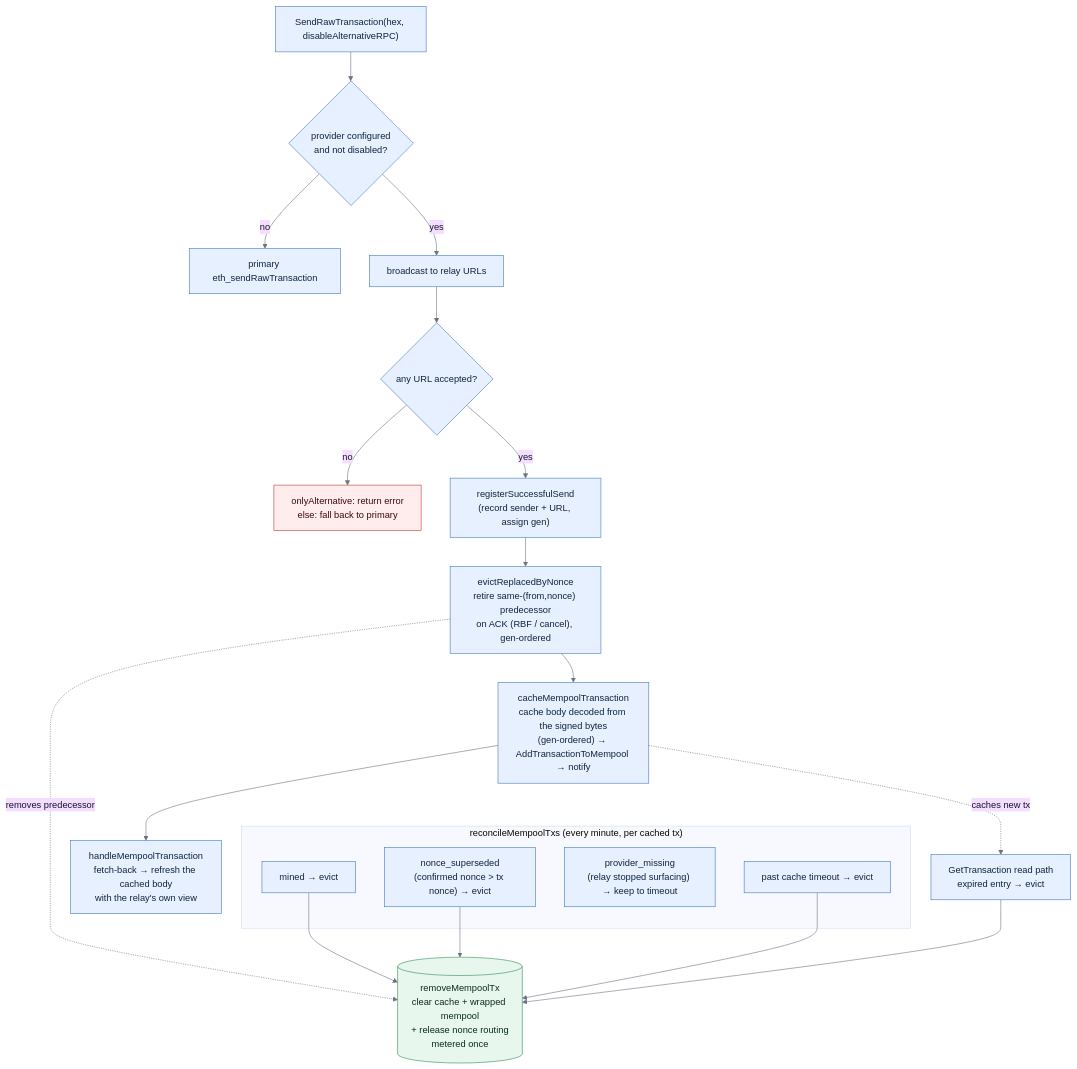
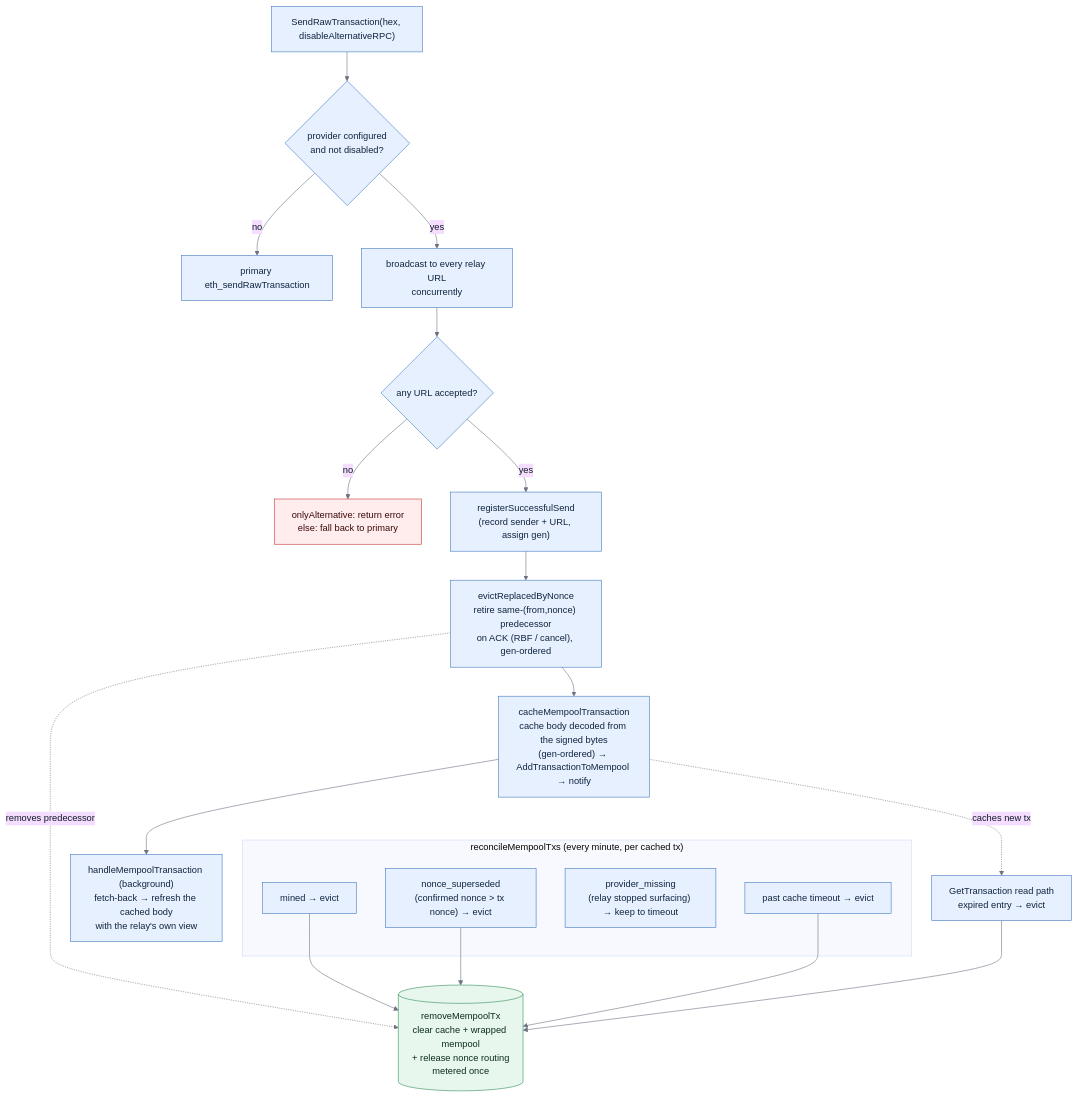
The diagram in docs/evm-send.md (trezor/blockbook), drawn with Mermaid before and after one commit. The commit also changed other lines of this file and 3 other files, not shown here.

````diff
--- a/docs/evm-send.md
+++ b/docs/evm-send.md
@@ -20,43 +20,43 @@
 ```mermaid
 %%{init: {"theme": "base", "themeVariables": {"lineColor": "#6b7280", "primaryTextColor": "#111827"}}}%%
 flowchart TD
     send["SendRawTransaction(hex, disableAlternativeRPC)"]
     route{"provider configured<br/>and not disabled?"}
     primary["primary eth_sendRawTransaction"]
-    relay["broadcast to relay URLs"]
+    relay["broadcast to every relay URL<br/>concurrently"]
     acc{"any URL accepted?"}
     reject["onlyAlternative: return error<br/>else: fall back to primary"]
     reg["registerSuccessfulSend<br/>(record sender + URL, assign gen)"]
     evict["evictReplacedByNonce<br/>retire same-(from,nonce) predecessor<br/>on ACK (RBF / cancel), gen-ordered"]
     cache["cacheMempoolTransaction<br/>cache body decoded from the signed bytes<br/>(gen-ordered) → AddTransactionToMempool → notify"]
-    handle["handleMempoolTransaction<br/>fetch-back → refresh the cached body<br/>with the relay's own view"]
+    handle["handleMempoolTransaction (background)<br/>fetch-back → refresh the cached body<br/>with the relay's own view"]
 
     subgraph rec ["reconcileMempoolTxs (every minute, per cached tx)"]
         mined["mined → evict"]
         super["nonce_superseded<br/>(confirmed nonce > tx nonce) → evict"]
         miss["provider_missing<br/>(relay stopped surfacing) → keep to timeout"]
         to["past cache timeout → evict"]
     end
 
     readpath["GetTransaction read path<br/>expired entry → evict"]
     remove[("removeMempoolTx<br/>clear cache + wrapped mempool<br/>+ release nonce routing<br/>metered once")]
 
     send --> route
     route -- "no" --> primary
     route -- "yes" --> relay --> acc
     acc -- "no" --> reject
     acc -- "yes" --> reg --> evict --> cache --> handle
     evict -. removes predecessor .-> remove
     cache -. caches new tx .-> readpath
     mined --> remove
     super --> remove
     to --> remove
     readpath --> remove
 
     classDef normal fill:#e7f0ff,stroke:#4078c0,color:#10243e;
     classDef store fill:#e8f7ed,stroke:#2e8b57,color:#0b2c19;
     classDef error fill:#ffecec,stroke:#c03535,color:#3b0a0a;
     class send,route,relay,acc,reg,evict,cache,handle,mined,super,miss,to,readpath,primary normal;
     class remove store;
     class reject error;
 ```
````
